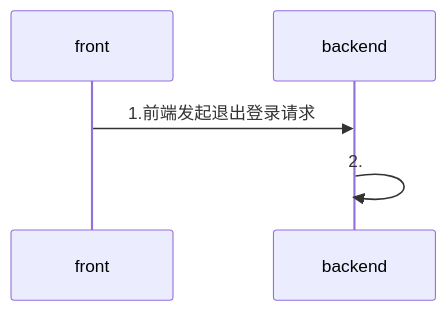
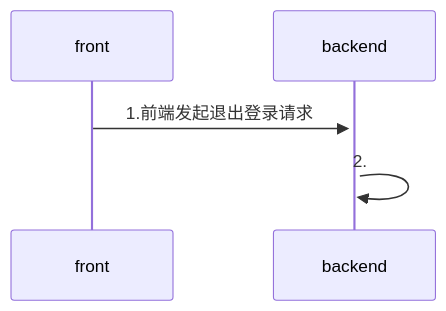
The diagram in all/未命名-4.md (yingjianzh/iodraw-files), drawn with Mermaid before and after one commit.

Commit message:
2024-08-05 11:12:59 update

````diff
--- a/all/未命名-4.md
+++ b/all/未命名-4.md
@@ -1,6 +1,6 @@
 ```mermaid
 sequenceDiagram
-    front->>backend: 1.前端发起退出登录请求
-    backend->>+backend: 2.
+    front->>+backend: 1.前端发起退出登录请求
+    backend->>backend: 2.
    
 ```
````
